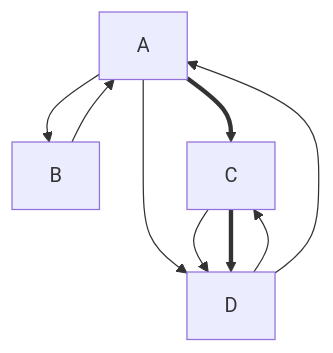
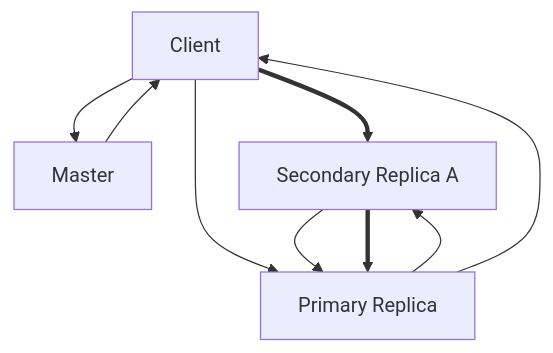
The second of 5 diagrams in _posts/2022-07-08-test-mermaid.md (cs0/cs0.github.io), drawn with Mermaid before and after one commit. The commit also changed 1 other file, not shown here.

````diff
--- a/_posts/2022-07-08-test-mermaid.md
+++ b/_posts/2022-07-08-test-mermaid.md
@@ -19,11 +19,15 @@
 ```mermaid
 graph TB;
+    A[Client]
+    B[Master]
+    C[Secondary Replica A]
+    D[Primary Replica]
     A --> B;
     B --> A;
     A ==> C;
     A --> D;
     C --> D;
     C ==> D
     D --> C;
     D --> A;
 ```
````
